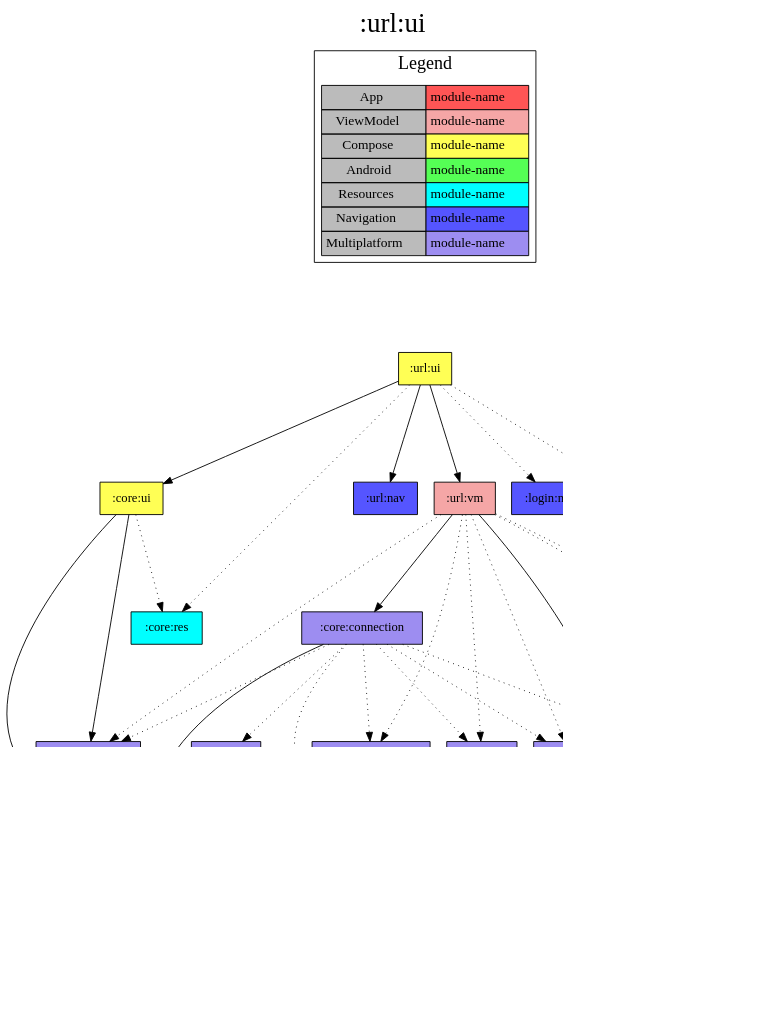
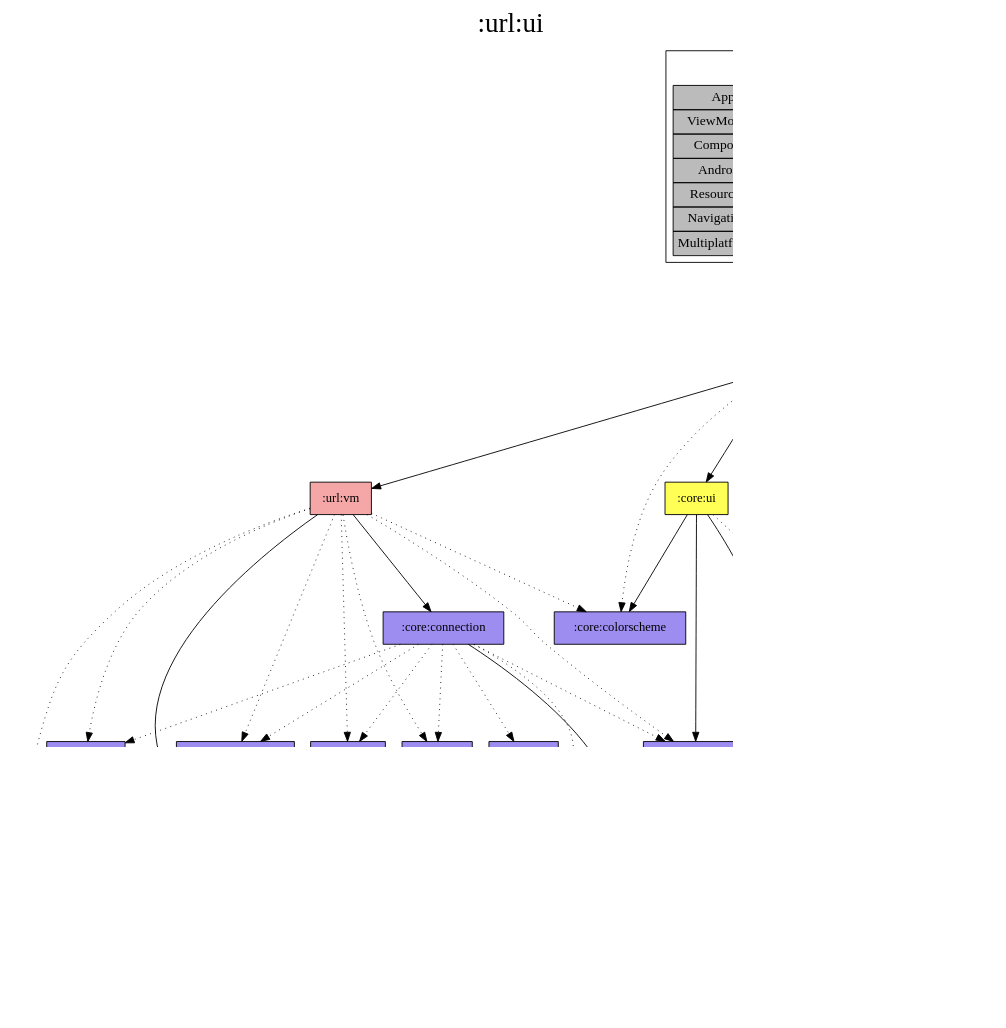
One commit to jonapoul/aktual changed the diagram in modules/url/ui/project-dependency-graph.dot. Above: the diagram before and after it, drawn with Graphviz. The commit also changed 36 other files, not shown here.

```diff
--- a/modules/url/ui/project-dependency-graph.dot
+++ b/modules/url/ui/project-dependency-graph.dot
@@ -1,72 +1,76 @@
 digraph {
 edge ["dir"="forward"]
 graph ["dpi"="100","label"=":url:ui","labelloc"="t","fontsize"="30","ranksep"="1.5","rankdir"="TB"]
 node ["style"="filled"]
 ":url:ui" ["fillcolor"="#FFFF55","shape"="box"]
 ":core:ui" ["fillcolor"="#FFFF55","shape"="box"]
+":core:colorscheme" ["fillcolor"="#9D8DF1","shape"="box"]
 ":core:versions" ["fillcolor"="#9D8DF1","shape"="box"]
 ":core:buildconfig" ["fillcolor"="#9D8DF1","shape"="box"]
 ":url:model" ["fillcolor"="#9D8DF1","shape"="box"]
 ":core:res" ["fillcolor"="#00FFFF","shape"="box"]
 ":url:nav" ["fillcolor"="#5555FF","shape"="box"]
 ":url:vm" ["fillcolor"="#F5A6A6","shape"="box"]
 ":core:connection" ["fillcolor"="#9D8DF1","shape"="box"]
 ":api:client" ["fillcolor"="#9D8DF1","shape"="box"]
 ":api:model" ["fillcolor"="#9D8DF1","shape"="box"]
 ":login:model" ["fillcolor"="#9D8DF1","shape"="box"]
 ":api:json" ["fillcolor"="#9D8DF1","shape"="box"]
 ":core:coroutines" ["fillcolor"="#9D8DF1","shape"="box"]
 ":core:log" ["fillcolor"="#9D8DF1","shape"="box"]
 ":url:prefs" ["fillcolor"="#9D8DF1","shape"="box"]
 ":login:nav" ["fillcolor"="#5555FF","shape"="box"]
 ":url:res" ["fillcolor"="#00FFFF","shape"="box"]
 {
 edge ["dir"="none"]
 graph ["rank"="same"]
 }
 ":url:ui" -> ":core:ui"
 ":url:ui" -> ":url:nav"
 ":url:ui" -> ":url:vm"
+":url:ui" -> ":core:colorscheme" ["style"="dotted"]
 ":url:ui" -> ":core:res" ["style"="dotted"]
 ":url:ui" -> ":login:nav" ["style"="dotted"]
 ":url:ui" -> ":url:res" ["style"="dotted"]
+":core:ui" -> ":core:colorscheme"
 ":core:ui" -> ":core:versions"
 ":core:ui" -> ":url:model"
 ":core:ui" -> ":core:res" ["style"="dotted"]
 ":core:versions" -> ":core:buildconfig"
 ":url:vm" -> ":core:connection"
 ":url:vm" -> ":url:model"
 ":url:vm" -> ":api:client" ["style"="dotted"]
 ":url:vm" -> ":api:model" ["style"="dotted"]
+":url:vm" -> ":core:colorscheme" ["style"="dotted"]
 ":url:vm" -> ":core:coroutines" ["style"="dotted"]
 ":url:vm" -> ":core:log" ["style"="dotted"]
 ":url:vm" -> ":core:versions" ["style"="dotted"]
 ":url:vm" -> ":url:prefs" ["style"="dotted"]
 ":core:connection" -> ":core:buildconfig"
 ":core:connection" -> ":api:client" ["style"="dotted"]
 ":core:connection" -> ":api:json" ["style"="dotted"]
 ":core:connection" -> ":core:coroutines" ["style"="dotted"]
 ":core:connection" -> ":core:log" ["style"="dotted"]
 ":core:connection" -> ":core:versions" ["style"="dotted"]
 ":core:connection" -> ":url:model" ["style"="dotted"]
 ":core:connection" -> ":url:prefs" ["style"="dotted"]
 ":api:client" -> ":api:model"
 ":api:client" -> ":url:model"
 ":api:model" -> ":login:model"
 ":url:prefs" -> ":url:model"
 subgraph "cluster_legend" {
 edge ["dir"="none"]
 graph ["label"="Legend","fontsize"="20"]
 "Legend" ["style"="filled","fillcolor"="#bbbbbb","shape"="none","margin"="0","fontsize"="15","label"=<
 <TABLE BORDER="0" CELLBORDER="1" CELLSPACING="0" CELLPADDING="4">
 <TR><TD>App</TD><TD BGCOLOR="#FF5555">module-name</TD></TR>
 <TR><TD>ViewModel</TD><TD BGCOLOR="#F5A6A6">module-name</TD></TR>
 <TR><TD>Compose</TD><TD BGCOLOR="#FFFF55">module-name</TD></TR>
 <TR><TD>Android</TD><TD BGCOLOR="#55FF55">module-name</TD></TR>
 <TR><TD>Resources</TD><TD BGCOLOR="#00FFFF">module-name</TD></TR>
 <TR><TD>Navigation</TD><TD BGCOLOR="#5555FF">module-name</TD></TR>
 <TR><TD>Multiplatform</TD><TD BGCOLOR="#9D8DF1">module-name</TD></TR>
 </TABLE>
 >]
 } -> ":url:ui" ["style"="invis"]
 }
```
